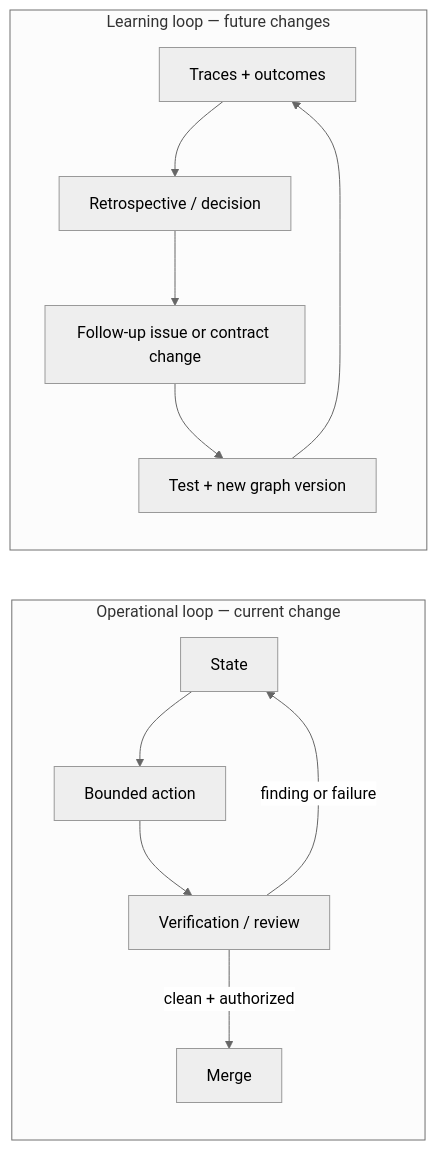
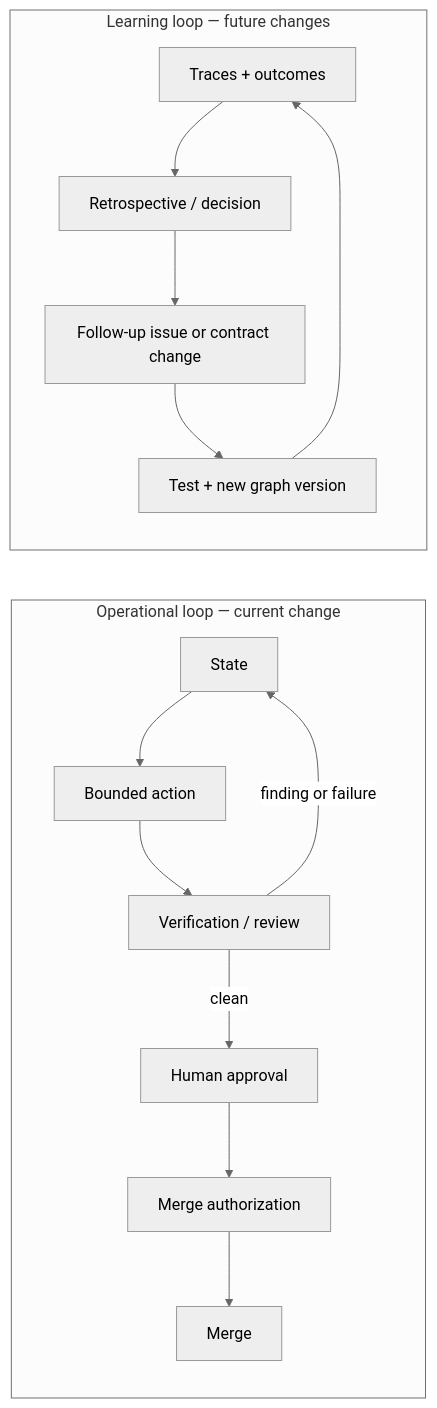
One commit to mfittko/dev-loops changed the fourth of 4 diagrams in docs/articles/the-state-graph-is-the-surface.md. Above: the diagram before and after it, drawn with Mermaid (neutral theme). The commit also changed other lines of this file and 9 other files, not shown here.

Commit message:
docs(presentation): refresh state graph story for v1

````diff
--- a/docs/articles/the-state-graph-is-the-surface.md
+++ b/docs/articles/the-state-graph-is-the-surface.md
@@ -292,16 +297,18 @@
 ```mermaid
 flowchart LR
   subgraph Operational[Operational loop — current change]
     S[State] --> A[Bounded action]
     A --> V[Verification / review]
     V -->|finding or failure| S
-    V -->|clean + authorized| M[Merge]
+    V -->|clean| H[Human approval]
+    H --> Z[Merge authorization]
+    Z --> M[Merge]
   end
 
   subgraph Learning[Learning loop — future changes]
     O[Traces + outcomes] --> F[Retrospective / decision]
     F --> Q[Follow-up issue or contract change]
     Q --> T[Test + new graph version]
     T --> O
   end
 ```
````
